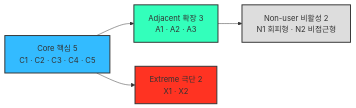
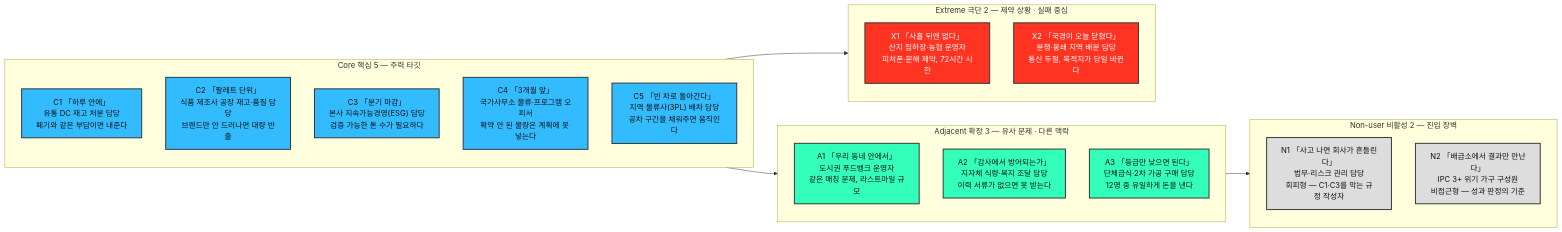
The diagram in 05-persona-journey/분석-03-식량-재분배-플랫폼-페르소나-스펙트럼.md (wild-mental/business-research-practice-2026-sesac), drawn with Mermaid before and after one commit. The commit also changed other lines of this file, not shown here.

Commit message:
Expand spectrum chart to show all twelve personas by name
Replace the four type boxes with four subgraphs holding one node per
persona, each carrying code name, role, and a one-line trait, so the
chart stops being a legend that needs the tables below to read.

Keep the source fill colors and add an explicit text color, since
fill-only styling renders unreadable on the red extreme nodes and
inverts against dark themes.

````diff
--- a/05-persona-journey/분석-03-식량-재분배-플랫폼-페르소나-스펙트럼.md
+++ b/05-persona-journey/분석-03-식량-재분배-플랫폼-페르소나-스펙트럼.md
@@ -41,10 +41,43 @@
 ```mermaid
 graph LR
-A["Core 핵심 5<br>C1 · C2 · C3 · C4 · C5"] --> B["Adjacent 확장 3<br>A1 · A2 · A3"]
-A --> C["Extreme 극단 2<br>X1 · X2"]
-B --> D["Non-user 비활성 2<br>N1 회피형 · N2 비접근형"]
-style A fill:#33BBFF,stroke:#333,stroke-width:2px
-style B fill:#33FFBB,stroke:#333,stroke-width:2px
-style C fill:#FF3322,stroke:#333,stroke-width:2px
-style D fill:#DDDDDD,stroke:#333,stroke-width:2px
+    subgraph CORE["Core 핵심 5 — 주력 타깃"]
+        direction TB
+        C1["C1 「하루 안에」<br>유통 DC 재고 처분 담당<br>폐기와 같은 부담이면 내준다"]
+        C2["C2 「팔레트 단위」<br>식품 제조사 공장 재고·품질 담당<br>브랜드만 안 드러나면 대량 반출"]
+        C3["C3 「분기 마감」<br>본사 지속가능경영(ESG) 담당<br>검증 가능한 톤 수가 필요하다"]
+        C4["C4 「3개월 앞」<br>국가사무소 물류·프로그램 오피서<br>확약 안 된 물량은 계획에 못 넣는다"]
+        C5["C5 「빈 차로 돌아간다」<br>지역 물류사(3PL) 배차 담당<br>공차 구간을 채워주면 움직인다"]
+    end
+
+    subgraph ADJ["Adjacent 확장 3 — 유사 문제 · 다른 맥락"]
+        direction TB
+        A1["A1 「우리 동네 안에서」<br>도시권 푸드뱅크 운영자<br>같은 매칭 문제, 라스트마일 규모"]
+        A2["A2 「감사에서 방어되는가」<br>지자체 식량·복지 조달 담당<br>이력 서류가 없으면 못 받는다"]
+        A3["A3 「등급만 낮으면 된다」<br>단체급식·2차 가공 구매 담당<br>12명 중 유일하게 돈을 낸다"]
+    end
+
+    subgraph EXT["Extreme 극단 2 — 제약 상황 · 실패 중심"]
+        direction TB
+        X1["X1 「사흘 뒤엔 없다」<br>산지 집하장·농협 운영자<br>피처폰·문해 제약, 72시간 시한"]
+        X2["X2 「국경이 오늘 닫혔다」<br>분쟁·봉쇄 지역 배분 담당<br>통신 두절, 목적지가 당일 바뀐다"]
+    end
+
+    subgraph NON["Non-user 비활성 2 — 진입 장벽"]
+        direction TB
+        N1["N1 「사고 나면 회사가 흔들린다」<br>법무·리스크 관리 담당<br>회피형 — C1·C3를 막는 규정 작성자"]
+        N2["N2 「배급소에서 결과만 만난다」<br>IPC 3+ 위기 가구 구성원<br>비접근형 — 성과 판정의 기준"]
+    end
+
+    CORE --> ADJ
+    CORE --> EXT
+    ADJ --> NON
+
+    classDef core fill:#33BBFF,stroke:#333,stroke-width:2px,color:#111;
+    classDef adj fill:#33FFBB,stroke:#333,stroke-width:2px,color:#111;
+    classDef ext fill:#FF3322,stroke:#333,stroke-width:2px,color:#fff;
+    classDef non fill:#DDDDDD,stroke:#333,stroke-width:2px,color:#111;
+    class C1,C2,C3,C4,C5 core;
+    class A1,A2,A3 adj;
+    class X1,X2 ext;
+    class N1,N2 non;
 ```
````
